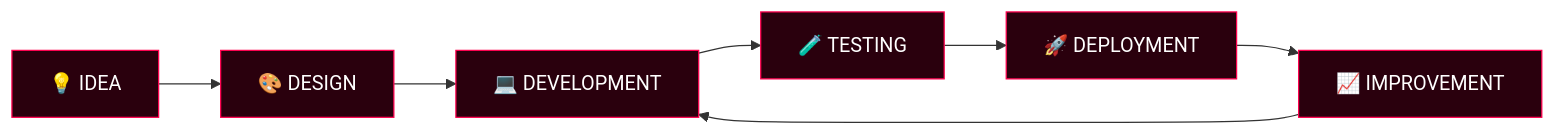
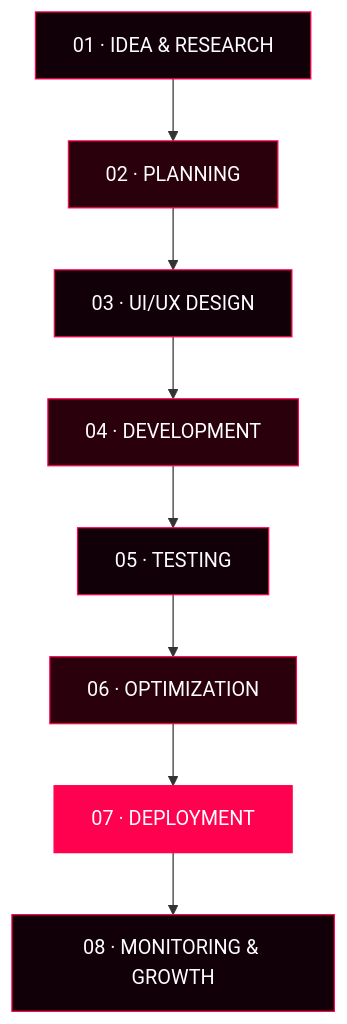
The diagram in README.md (Masfiqul01/Masfiqul01), drawn with Mermaid before and after one commit. The commit also changed other lines of this file, not shown here.

````diff
--- a/README.md
+++ b/README.md
@@ -192,16 +472,19 @@
 ```mermaid
-flowchart LR
-    A["💡 IDEA"] --> B["🎨 DESIGN"]
-    B --> C["💻 DEVELOPMENT"]
-    C --> D["🧪 TESTING"]
-    D --> E["🚀 DEPLOYMENT"]
-    E --> F["📈 IMPROVEMENT"]
-    F --> C
+flowchart TD
+    A["01 · IDEA & RESEARCH"] --> B["02 · PLANNING"]
+    B --> C["03 · UI/UX DESIGN"]
+    C --> D["04 · DEVELOPMENT"]
+    D --> E["05 · TESTING"]
+    E --> F["06 · OPTIMIZATION"]
+    F --> G["07 · DEPLOYMENT"]
+    G --> H["08 · MONITORING & GROWTH"]
 
-    style A fill:#2a000d,stroke:#ff014f,color:#fff
-    style B fill:#2a000d,stroke:#ff014f,color:#fff
-    style C fill:#2a000d,stroke:#ff014f,color:#fff
-    style D fill:#2a000d,stroke:#ff014f,color:#fff
-    style E fill:#2a000d,stroke:#ff014f,color:#fff
-    style F fill:#2a000d,stroke:#ff014f,color:#fff
+    style A fill:#120008,stroke:#ff014f,color:#ffffff
+    style B fill:#2a000d,stroke:#ff014f,color:#ffffff
+    style C fill:#120008,stroke:#ff014f,color:#ffffff
+    style D fill:#2a000d,stroke:#ff014f,color:#ffffff
+    style E fill:#120008,stroke:#ff014f,color:#ffffff
+    style F fill:#2a000d,stroke:#ff014f,color:#ffffff
+    style G fill:#ff014f,stroke:#ff014f,color:#ffffff
+    style H fill:#120008,stroke:#ff014f,color:#ffffff
 ```
````
